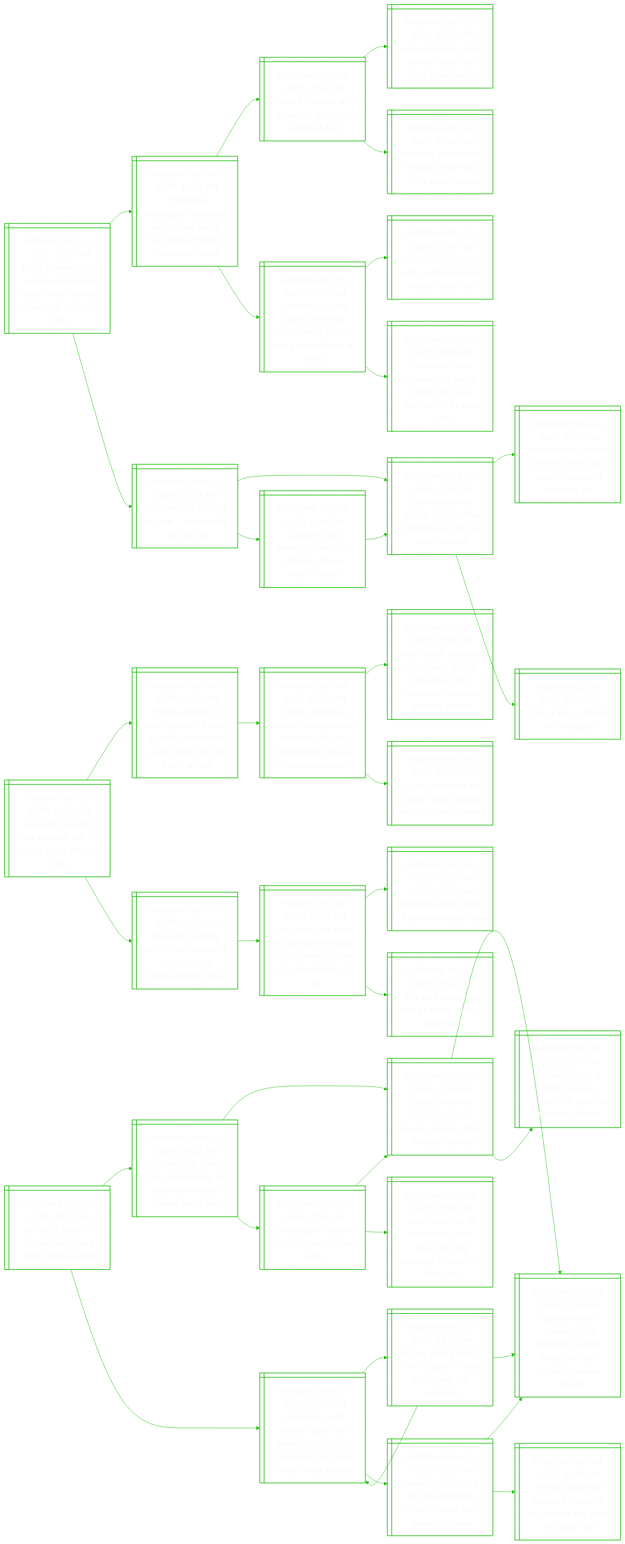
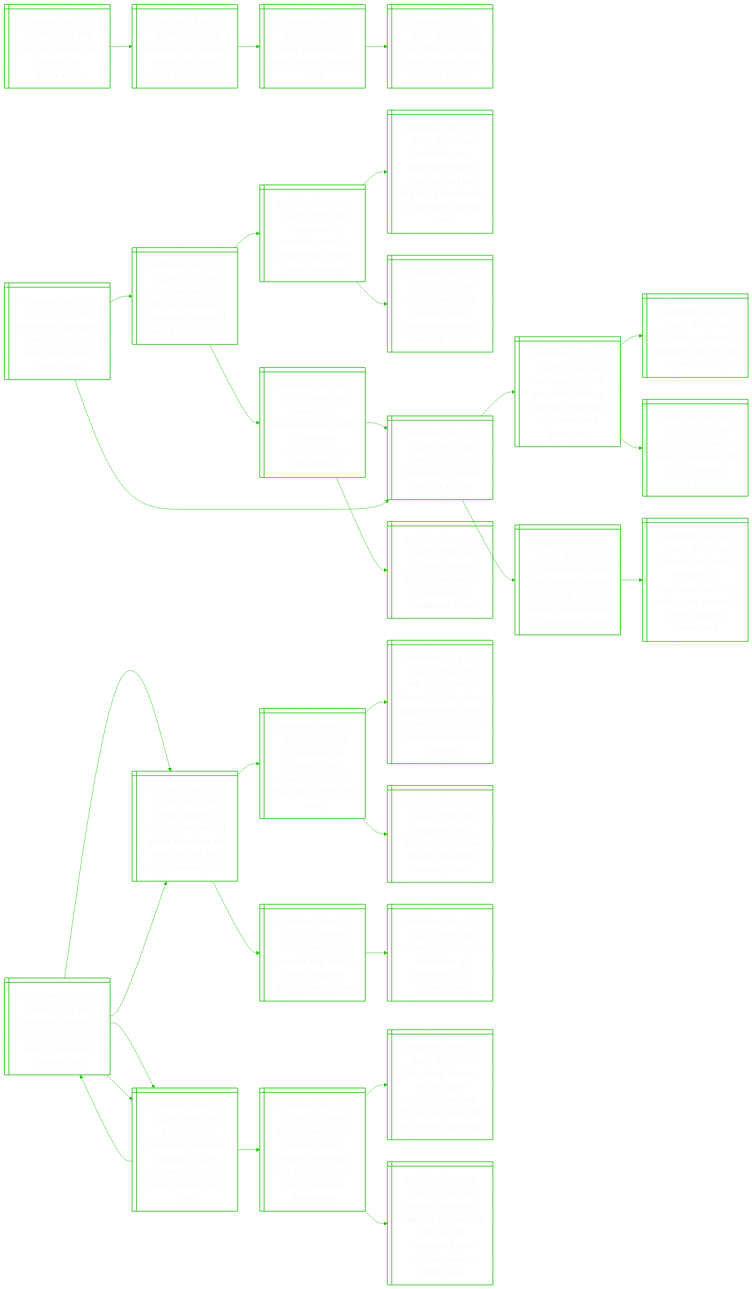
One commit to notJmes/notJmes changed the diagram in README.md. Above: the diagram before and after it, drawn with Mermaid. The commit also changed other lines of this file, not shown here.

````diff
--- a/README.md
+++ b/README.md
@@ -16,121 +16,103 @@
 flowchart LR
 classDef txtsize font-size:20px;
 
-MSsoeidslcasy@{ shape: win-pane, label: "_Published Dec 10, 2025, 11:35 AM_
-Most us teens use youtube and tiktok daily, some ‘almost constantly’, survey says" }
-Ctngsieidngieae@{ shape: win-pane, label: "_Published Dec 08, 2025, 12:11 PM_
-Christmas unplugged: australian teen social media ban brings holiday headspace woes" }
-Tkmisntae@{ shape: win-pane, label: "_Published Dec 05, 2025, 03:11 PM_
-Tiktok to comply with ‘upsetting’ australian under-16 ban" }
-Hsinaeoid@{ shape: win-pane, label: "_Published Dec 01, 2025, 12:50 PM_
-How australia plans to ban under-16s from social media" }
-Msvebussla@{ shape: win-pane, label: "_Published Dec 04, 2025, 09:12 AM_
-Malaysia government to block under-16s from social media" }
-Aaaedfwaiaatct@{ shape: win-pane, label: "_Published Dec 05, 2025, 05:00 AM_
-Australia says the world will follow social media ban as meta starts blocking teens" }
-Ybowulecea@{ shape: win-pane, label: "_Published Dec 03, 2025, 10:55 AM_
-Youtube to comply with australia’s teen social media ban" }
-Aathnslaattbs@{ shape: win-pane, label: "_Published Dec 02, 2025, 09:09 AM_
-Australian teen challenging social media ban says internet will be less safe" }
-Coeirhweo@{ shape: win-pane, label: "_Published Sep 28, 2025, 01:15 PM_
-Chatbots are hurting our kids – here’s what we can do" }
-OIsdhTrneUnc@{ shape: win-pane, label: "_Published Aug 27, 2025, 07:50 AM_
-Openai plans to update chatgpt after parents sue over us teen’s suicide" }
-HehTtiueliiir@{ shape: win-pane, label: "_Published May 10, 2025, 11:15 AM_
-Hear me out: chatgpt is not my friend, but it lends a late-night listening ear" }
-Cbraes@{ shape: win-pane, label: "_Published Jul 28, 2025, 05:00 AM_
-Can ai be my friend and therapist?" }
-OIdnolhTrea@{ shape: win-pane, label: "_Published Sep 02, 2025, 11:06 PM_
-Openai to add parental controls to chatgpt after us teen’s death" }
-OIsdhTrneUnc@{ shape: win-pane, label: "_Published Aug 27, 2025, 07:50 AM_
-Openai plans to update chatgpt after parents sue over us teen’s suicide" }
+Veesieas@{ shape: win-pane, label: "_Published Dec 10, 2025, 03:37 PM_
+Veggie 'burgers' at stake in eu negotiations" }
+Sckdalsadr@{ shape: win-pane, label: "_Published Jun 23, 2025, 05:00 AM_
+Science talk: blended meat could boost asia’s food security" }
+Wodoutet@{ shape: win-pane, label: "_Published Jan 07, 2023, 05:00 AM_
+What you need to know about cultivated meat" }
+Cneasifhlg@{ shape: win-pane, label: "_Published Jun 11, 2022, 02:00 PM_
+Can diners tell plant-based chicken from the real thing?" }
 
-MSsoeidslcasy:::txtsize --> Ctngsieidngieae:::txtsize
-Ctngsieidngieae:::txtsize --> Tkmisntae:::txtsize
-Tkmisntae:::txtsize --> Hsinaeoid:::txtsize
-Tkmisntae:::txtsize --> Msvebussla:::txtsize
-Ctngsieidngieae:::txtsize --> Aaaedfwaiaatct:::txtsize
-Aaaedfwaiaatct:::txtsize --> Ybowulecea:::txtsize
-Aaaedfwaiaatct:::txtsize --> Aathnslaattbs:::txtsize
-MSsoeidslcasy:::txtsize --> Coeirhweo:::txtsize
-Coeirhweo:::txtsize --> OIsdhTrneUnc:::txtsize
-OIsdhTrneUnc:::txtsize --> HehTtiueliiir:::txtsize
-OIsdhTrneUnc:::txtsize --> Cbraes:::txtsize
-Coeirhweo:::txtsize --> OIdnolhTrea:::txtsize
-OIdnolhTrea:::txtsize --> OIsdhTrneUnc:::txtsize
+Veesieas:::txtsize --> Sckdalsadr:::txtsize
+Sckdalsadr:::txtsize --> Wodoutet:::txtsize
+Wodoutet:::txtsize --> Cneasifhlg:::txtsize
 
-UdlIetolUis@{ shape: win-pane, label: "_Published Dec 10, 2025, 10:50 AM_
-Us trade deal with indonesia at risk of collapse, us official says" }
-SasoofeaswnNsnke@{ shape: win-pane, label: "_Published Dec 06, 2025, 04:00 PM_
-S’pore and rest of world worse off after us tariffs; ties within asean must stay on track: sm lee" }
-SMseooottogdsistp@{ shape: win-pane, label: "_Published Dec 04, 2025, 12:12 PM_
-S’pore, malaysia deepen collaboration; continue talks on longstanding issues in ‘constructive spirit’" }
-Nbrclaomogeyese@{ shape: win-pane, label: "_Published Dec 04, 2025, 06:30 PM_
-New sabah, sarawak consulates among outcomes from singapore-malaysia leaders’ retreat" }
-SMslntplrcgt@{ shape: win-pane, label: "_Published Dec 04, 2025, 07:05 PM_
-S’pore, malaysia will jointly study optimal air traffic management" }
-UtbyCiaocdrter@{ shape: win-pane, label: "_Published Dec 05, 2025, 11:11 AM_
-Us wants stability with china instead of conflict: trade representative greer" }
-Unloehmsewne@{ shape: win-pane, label: "_Published Oct 30, 2025, 10:01 AM_
-Us, china seal deal on rare earths; trump says xi meeting was a 12 on scale of 1 to 10" }
-LnmegvpSaee@{ shape: win-pane, label: "_Published Oct 30, 2025, 12:05 AM_
-Looming trump-xi meeting revives hope of us-china trade truce" }
-Wrteamdar@{ shape: win-pane, label: "_Published Oct 21, 2025, 09:47 PM_
-Why rare earths are china’s trump card in trade war" }
+Vupthaoseczr@{ shape: win-pane, label: "_Published Dec 10, 2025, 02:32 PM_
+Venezuela opposition chief machado to miss nobel peace prize award" }
+NItafhroehfeem@{ shape: win-pane, label: "_Published Dec 10, 2025, 03:07 AM_
+Nobel institute calls off machado press conference ahead of peace prize ceremony" }
+VuMdskecze@{ shape: win-pane, label: "_Published Dec 06, 2025, 09:25 PM_
+Venezuela’s machado vows to make nobel peace prize ceremony" }
+Vuapiaaobiitloteb@{ shape: win-pane, label: "_Published Nov 21, 2025, 11:47 AM_
+Venezuela says opposition leader machado will be ‘fugitive’ if she travels to norway to accept nobel" }
+NPPwrnhetaT@{ shape: win-pane, label: "_Published Oct 10, 2025, 11:50 PM_
+Nobel peace prize winner corina machado dedicates award to trump" }
+Vuclshtdsnrri@{ shape: win-pane, label: "_Published Dec 08, 2025, 06:45 AM_
+Venezuela acknowledges death of detained opposition figure alfredo diaz" }
+NseldoPilr@{ shape: win-pane, label: "_Published Dec 05, 2025, 09:30 AM_
+New us strike on alleged drug boat in pacific kills four" }
+UeefdikuoCbt@{ shape: win-pane, label: "_Published Dec 07, 2025, 06:51 AM_
+Us’ pete hegseth defends decision to kill survivors in caribbean strike" }
+NseldoPilr@{ shape: win-pane, label: "_Published Dec 05, 2025, 09:30 AM_
+New us strike on alleged drug boat in pacific kills four" }
+UikperngutVura@{ shape: win-pane, label: "_Published Sep 03, 2025, 04:19 AM_
+Us military kills 11 people in strike on alleged drug boat from venezuela, trump says" }
+Ulfsrafapay@{ shape: win-pane, label: "_Published Aug 30, 2025, 03:43 AM_
+Us builds up forces in caribbean as officials, experts, ask why" }
+VuMoUswieggoy@{ shape: win-pane, label: "_Published Sep 02, 2025, 01:19 AM_
+Venezuela’s maduro says us warships with 1,200 missiles targeting his country" }
+UmsvnoaTpealtoea@{ shape: win-pane, label: "_Published Dec 04, 2025, 06:50 AM_
+Us lawmakers want vote on war powers after trump pledges to launch land attack on venezuela ‘soon’" }
+CsdltSatcerrrtsz@{ shape: win-pane, label: "_Published Dec 03, 2025, 05:20 AM_
+‘colossal and costly mistake’: us lawmakers to force vote on war powers if trump attacks venezuela" }
 
-UdlIetolUis:::txtsize --> SasoofeaswnNsnke:::txtsize
-SasoofeaswnNsnke:::txtsize --> SMseooottogdsistp:::txtsize
-SMseooottogdsistp:::txtsize --> Nbrclaomogeyese:::txtsize
-SMseooottogdsistp:::txtsize --> SMslntplrcgt:::txtsize
-UdlIetolUis:::txtsize --> UtbyCiaocdrter:::txtsize
-UtbyCiaocdrter:::txtsize --> Unloehmsewne:::txtsize
-Unloehmsewne:::txtsize --> LnmegvpSaee:::txtsize
-Unloehmsewne:::txtsize --> Wrteamdar:::txtsize
+Vupthaoseczr:::txtsize --> NItafhroehfeem:::txtsize
+NItafhroehfeem:::txtsize --> VuMdskecze:::txtsize
+VuMdskecze:::txtsize --> Vuapiaaobiitloteb:::txtsize
+VuMdskecze:::txtsize --> NPPwrnhetaT:::txtsize
+NItafhroehfeem:::txtsize --> Vuclshtdsnrri:::txtsize
+Vuclshtdsnrri:::txtsize --> NseldoPilr:::txtsize
+Vuclshtdsnrri:::txtsize --> UeefdikuoCbt:::txtsize
+Vupthaoseczr:::txtsize --> NseldoPilr:::txtsize
+NseldoPilr:::txtsize --> UikperngutVura:::txtsize
+UikperngutVura:::txtsize --> Ulfsrafapay:::txtsize
+UikperngutVura:::txtsize --> VuMoUswieggoy:::txtsize
+NseldoPilr:::txtsize --> UmsvnoaTpealtoea:::txtsize
+UmsvnoaTpealtoea:::txtsize --> CsdltSatcerrrtsz:::txtsize
 
-UkaieCoann@{ shape: win-pane, label: "_Published Dec 10, 2025, 08:52 AM_
-Us backs japan in dispute with china over radar incident" }
-CsscerdJelyeys@{ shape: win-pane, label: "_Published Dec 07, 2025, 08:41 AM_
-Chinese jets direct fire-control radar at japanese military planes, tokyo says" }
-JPaaddwmaCstm@{ shape: win-pane, label: "_Published Nov 10, 2025, 02:44 PM_
-Japan pm sanae takaichi defends taiwan remarks after chinese criticism" }
-JpsaCdmitarkiwm@{ shape: win-pane, label: "_Published Nov 10, 2025, 02:00 PM_
-Japan protests against china diplomat’s violent threat over pm takaichi’s taiwan remark" }
-ChuaSTcriioi@{ shape: win-pane, label: "_Published Nov 02, 2025, 11:37 AM_
-China hits out at japan’s sanae takaichi for meeting taiwan’s officials" }
-Cacotsnps@{ shape: win-pane, label: "_Published Nov 27, 2025, 07:55 AM_
-China again cautions citizens against japan visits" }
-JPaaddwmaCstm@{ shape: win-pane, label: "_Published Nov 10, 2025, 02:44 PM_
-Japan pm sanae takaichi defends taiwan remarks after chinese criticism" }
-JfbitCriktrrs@{ shape: win-pane, label: "_Published Nov 21, 2025, 07:08 AM_
-Japan faces $1.6b tourism hit amid china row; trip bookings to s’pore, s. korea rise" }
-EmoiJPatTbfiaihie@{ shape: win-pane, label: "_Published Nov 25, 2025, 09:58 AM_
-‘extremely good friends’: japan pm takaichi touts trump bond after first talks since china dispute" }
-Xwroiaptnas@{ shape: win-pane, label: "_Published Nov 25, 2025, 11:00 AM_
-Xi may want trump to rein in japan in spat with china, say analysts" }
-EmoiJPatTbfiaihie@{ shape: win-pane, label: "_Published Nov 25, 2025, 09:58 AM_
-‘extremely good friends’: japan pm takaichi touts trump bond after first talks since china dispute" }
-JpsaCdmitarkiwm@{ shape: win-pane, label: "_Published Nov 10, 2025, 02:00 PM_
-Japan protests against china diplomat’s violent threat over pm takaichi’s taiwan remark" }
-JslrcrthcsTnr@{ shape: win-pane, label: "_Published Nov 25, 2025, 09:35 AM_
-Japan sends letter to un chief rebutting china’s claims over taiwan remarks" }
-JpsaCdmitarkiwm@{ shape: win-pane, label: "_Published Nov 10, 2025, 02:00 PM_
-Japan protests against china diplomat’s violent threat over pm takaichi’s taiwan remark" }
-Xlmtatsowdpc@{ shape: win-pane, label: "_Published Nov 24, 2025, 11:38 PM_
-Xi tells trump that taiwan’s ‘return’ is key to post-war order in phone call" }
+SpgjeyouooioA@{ shape: win-pane, label: "_Published Dec 10, 2025, 02:21 PM_
+Singapore’s green jet fuel levy roll-out could boost production growth: iata" }
+Ciorpnnleeytdrea@{ shape: win-pane, label: "_Published Nov 07, 2024, 06:00 PM_
+Changi airport to raise passenger and airline fees over six years to fund $3b improvement plans" }
+CrohArmtriaPg@{ shape: win-pane, label: "_Published Sep 06, 2024, 08:50 PM_
+Construction of changi airport terminal 5 to start in first half of 2025: pm wong" }
+Naitepmolpeasrlne@{ shape: win-pane, label: "_Published Aug 21, 2022, 09:02 PM_
+Ndr 2022: changi airport t5 to be more pandemic-proof, able to operate as smaller sub-terminals when needed" }
+SpnairdgiZsi@{ shape: win-pane, label: "_Published Jun 02, 2024, 09:06 PM_
+Singapore and ukraine sign air deal during president zelensky’s visit" }
+Cioesysyrdagn@{ shape: win-pane, label: "_Published Nov 01, 2023, 12:00 PM_
+Changi airport t2 reopens fully with 4-storey waterfall display, new garden" }
+Cioapitmshi@{ shape: win-pane, label: "_Published Sep 28, 2023, 09:50 AM_
+Changi airport starts operations at revamped t2’s northern wing" }
+botletoysedeleI@{ shape: win-pane, label: "_Published Dec 09, 2025, 05:50 PM_
+5.2 billion air travellers expected globally in 2026, passenger loads to reach all-time high: iata" }
+SpgjeyouooioA@{ shape: win-pane, label: "_Published Dec 10, 2025, 02:21 PM_
+Singapore’s green jet fuel levy roll-out could boost production growth: iata" }
+Ciorpnnleeytdrea@{ shape: win-pane, label: "_Published Nov 07, 2024, 06:00 PM_
+Changi airport to raise passenger and airline fees over six years to fund $3b improvement plans" }
+botletoysedeleI@{ shape: win-pane, label: "_Published Dec 09, 2025, 05:50 PM_
+5.2 billion air travellers expected globally in 2026, passenger loads to reach all-time high: iata" }
+FtrsauerhiCEmecn@{ shape: win-pane, label: "_Published Dec 09, 2025, 01:10 PM_
+Flight diversions at changi due to weather see sharp rise in 2025; caas, nea to improve forecasting" }
+OaejaSpiegodtvue@{ shape: win-pane, label: "_Published May 21, 2024, 06:20 PM_
+One dead, dozens injured after singapore airlines flight from london hit by severe turbulence" }
+Tirnagegpfasaaasy@{ shape: win-pane, label: "_Published Sep 03, 2025, 05:35 PM_
+Tackling turbulence, adapting to emerging tech part of singapore’s new national aviation safety plan" }
 
-UkaieCoann:::txtsize --> CsscerdJelyeys:::txtsize
-CsscerdJelyeys:::txtsize --> JPaaddwmaCstm:::txtsize
-JPaaddwmaCstm:::txtsize --> JpsaCdmitarkiwm:::txtsize
-JPaaddwmaCstm:::txtsize --> ChuaSTcriioi:::txtsize
-CsscerdJelyeys:::txtsize --> Cacotsnps:::txtsize
-Cacotsnps:::txtsize --> JPaaddwmaCstm:::txtsize
-Cacotsnps:::txtsize --> JfbitCriktrrs:::txtsize
-UkaieCoann:::txtsize --> EmoiJPatTbfiaihie:::txtsize
-EmoiJPatTbfiaihie:::txtsize --> Xwroiaptnas:::txtsize
-Xwroiaptnas:::txtsize --> EmoiJPatTbfiaihie:::txtsize
-Xwroiaptnas:::txtsize --> JpsaCdmitarkiwm:::txtsize
-EmoiJPatTbfiaihie:::txtsize --> JslrcrthcsTnr:::txtsize
-JslrcrthcsTnr:::txtsize --> JpsaCdmitarkiwm:::txtsize
-JslrcrthcsTnr:::txtsize --> Xlmtatsowdpc:::txtsize
+SpgjeyouooioA:::txtsize --> Ciorpnnleeytdrea:::txtsize
+Ciorpnnleeytdrea:::txtsize --> CrohArmtriaPg:::txtsize
+CrohArmtriaPg:::txtsize --> Naitepmolpeasrlne:::txtsize
+CrohArmtriaPg:::txtsize --> SpnairdgiZsi:::txtsize
+Ciorpnnleeytdrea:::txtsize --> Cioesysyrdagn:::txtsize
+Cioesysyrdagn:::txtsize --> Cioapitmshi:::txtsize
+SpgjeyouooioA:::txtsize --> botletoysedeleI:::txtsize
+botletoysedeleI:::txtsize --> SpgjeyouooioA:::txtsize
+SpgjeyouooioA:::txtsize --> Ciorpnnleeytdrea:::txtsize
+SpgjeyouooioA:::txtsize --> botletoysedeleI:::txtsize
+botletoysedeleI:::txtsize --> FtrsauerhiCEmecn:::txtsize
+FtrsauerhiCEmecn:::txtsize --> OaejaSpiegodtvue:::txtsize
+FtrsauerhiCEmecn:::txtsize --> Tirnagegpfasaaasy:::txtsize
 
 ```
````
